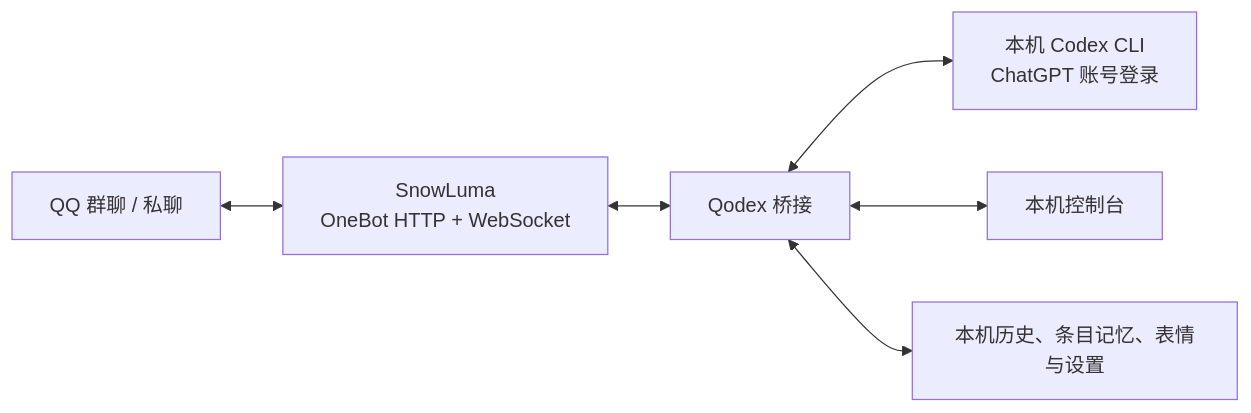
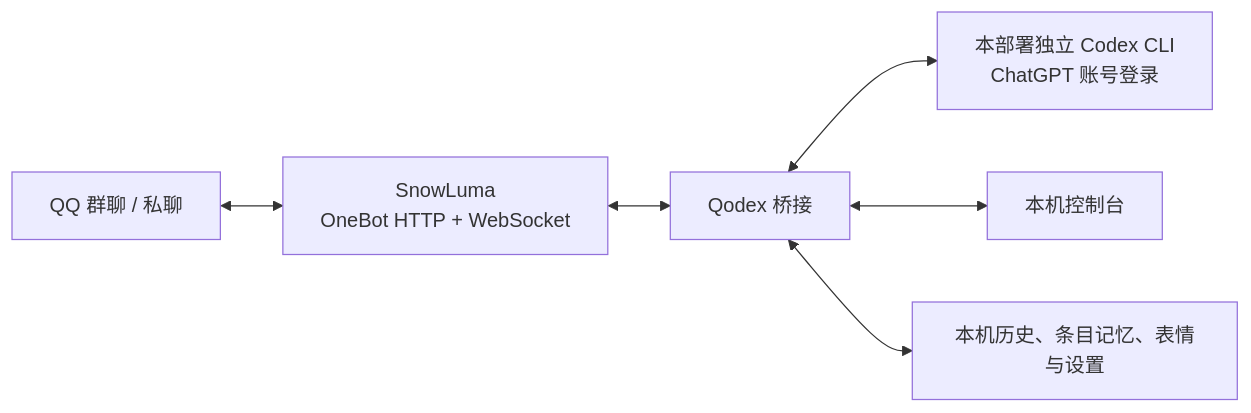
The diagram in README.md (ChrisZ-123/Qodex), drawn with Mermaid before and after one commit. The commit also changed other lines of this file and 43 other files, not shown here.

````diff
--- a/README.md
+++ b/README.md
@@ -11,8 +11,8 @@
 ```mermaid
 flowchart LR
     QQ[QQ 群聊 / 私聊] <--> SL[SnowLuma<br/>OneBot HTTP + WebSocket]
     SL <--> QB[Qodex 桥接]
-    QB <--> CX[本机 Codex CLI<br/>ChatGPT 账号登录]
+    QB <--> CX[本部署独立 Codex CLI<br/>ChatGPT 账号登录]
     QB <--> UI[本机控制台]
     QB <--> ST[本机历史、条目记忆、表情与设置]
 ```
````
